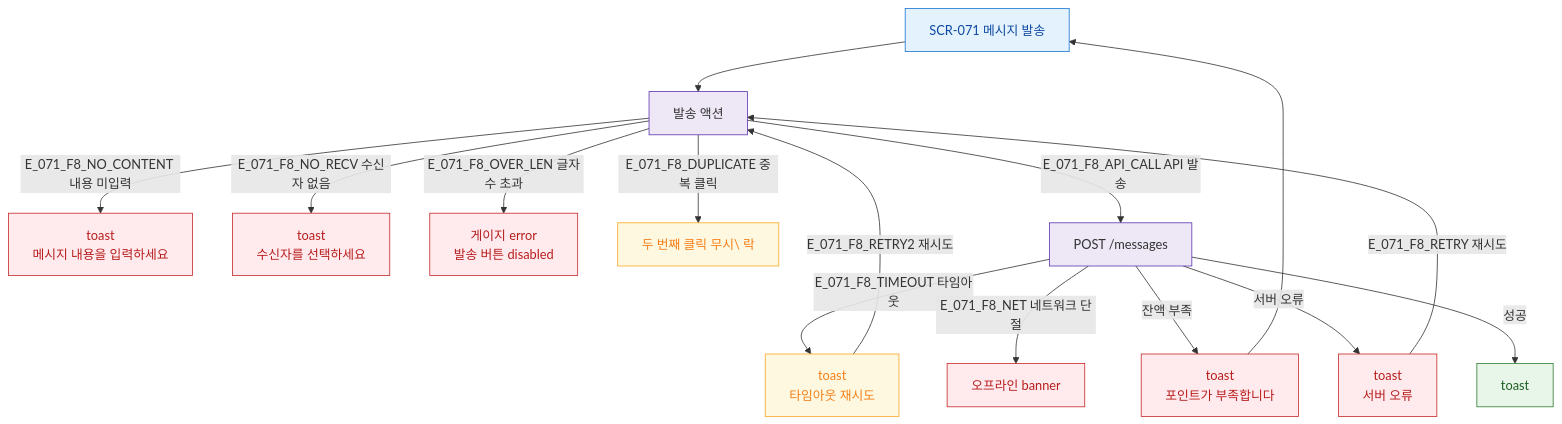
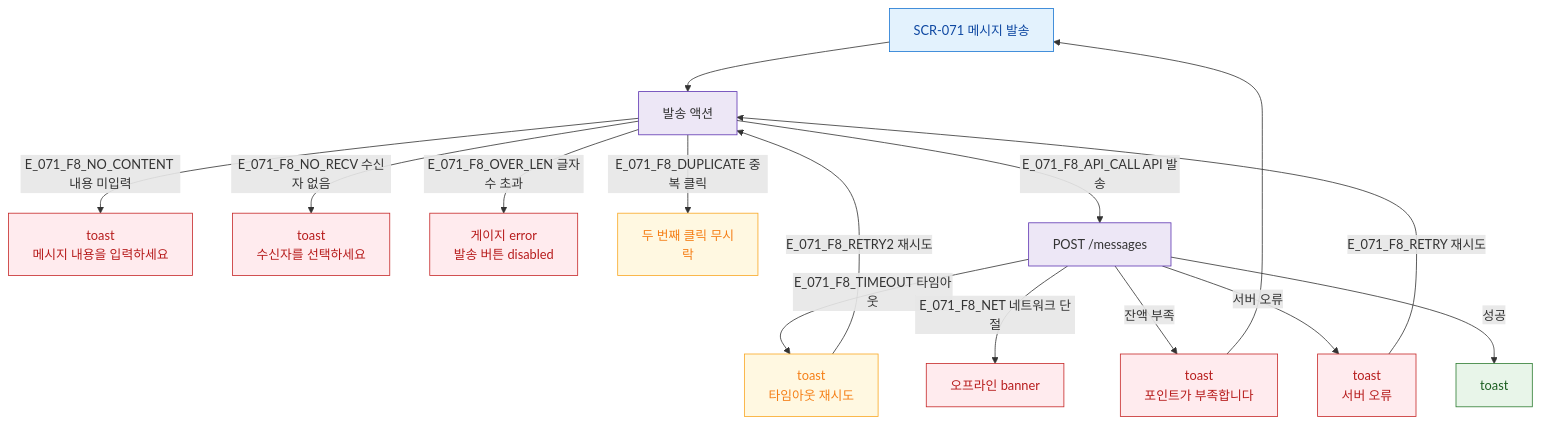
The diagram in docs/admin/다이어그램/D08_마케팅/SCR-071_메시지발송/F8_에러예외.md (dev-spogym/admin-pando), drawn with Mermaid before and after one commit. The commit also changed 369 other files, not shown here.

````diff
--- a/docs/admin/다이어그램/D08_마케팅/SCR-071_메시지발송/F8_에러예외.md
+++ b/docs/admin/다이어그램/D08_마케팅/SCR-071_메시지발송/F8_에러예외.md
@@ -20,32 +20,32 @@
 ```mermaid
 flowchart TD
   SCR_071[SCR-071 메시지 발송] --> ACT[발송 액션]
 
   ACT -->|E_071_F8_NO_CONTENT 내용 미입력|ERR_CONTENT[toast\n메시지 내용을 입력하세요]
   ACT -->|E_071_F8_NO_RECV 수신자 없음|ERR_RECV[toast\n수신자를 선택하세요]
   ACT -->|E_071_F8_OVER_LEN 글자수 초과|ERR_LEN[게이지 error\n발송 버튼 disabled]
-  ACT -->|E_071_F8_DUPLICATE 중복 클릭|ERR_DUP[두 번째 클릭 무시\ 락]
+  ACT -->|E_071_F8_DUPLICATE 중복 클릭|ERR_DUP[두 번째 클릭 무시<br/> 락]
 
   ACT -->|E_071_F8_API_CALL API 발송|API[POST /messages]
   API -->|성공|SUCCESS[toast]
   API -->|잔액 부족|ERR_BALANCE[toast\n포인트가 부족합니다]
   API -->|서버 오류|ERR_SERVER[toast\n서버 오류]
   API -->|E_071_F8_TIMEOUT 타임아웃|ERR_TIMEOUT[toast\n타임아웃 재시도]
   API -->|E_071_F8_NET 네트워크 단절|ERR_NET[오프라인 banner]
 
   ERR_BALANCE --> SCR_071
   ERR_SERVER -->|E_071_F8_RETRY 재시도|ACT
   ERR_TIMEOUT -->|E_071_F8_RETRY2 재시도|ACT
 
   classDef screen fill:#E3F2FD,stroke:#1976D2,color:#0D47A1
   classDef error fill:#FFEBEE,stroke:#C62828,color:#B71C1C
   classDef success fill:#E8F5E9,stroke:#2E7D32,color:#1B5E20
   classDef warning fill:#FFF8E1,stroke:#F9A825,color:#F57F17
   classDef system fill:#EDE7F6,stroke:#5E35B2
 
   class SCR_071 screen
   class ERR_CONTENT,ERR_RECV,ERR_LEN,ERR_BALANCE,ERR_SERVER,ERR_NET error
   class SUCCESS success
   class ERR_DUP,ERR_TIMEOUT warning
   class API,ACT system
 ```
````
